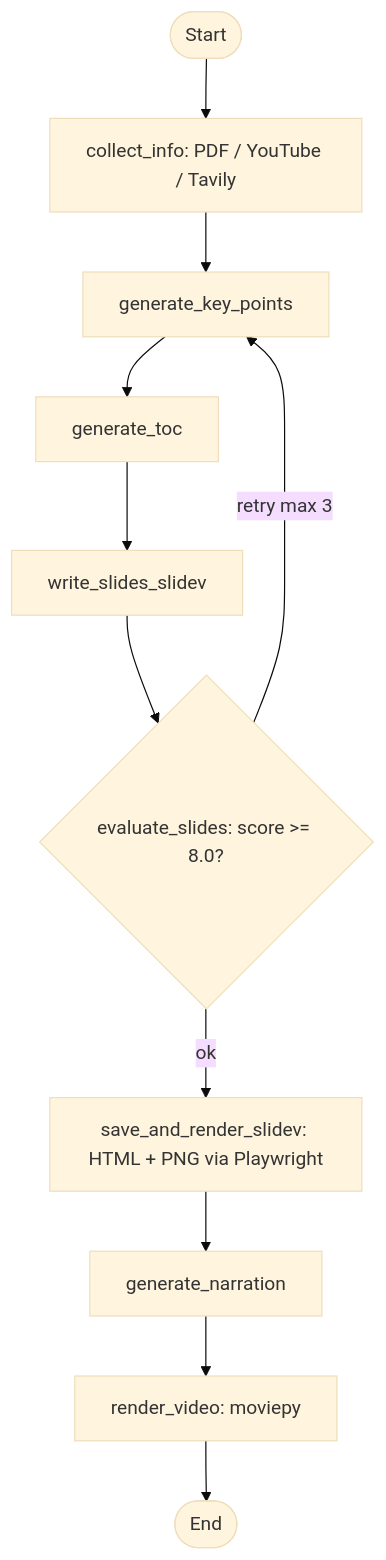
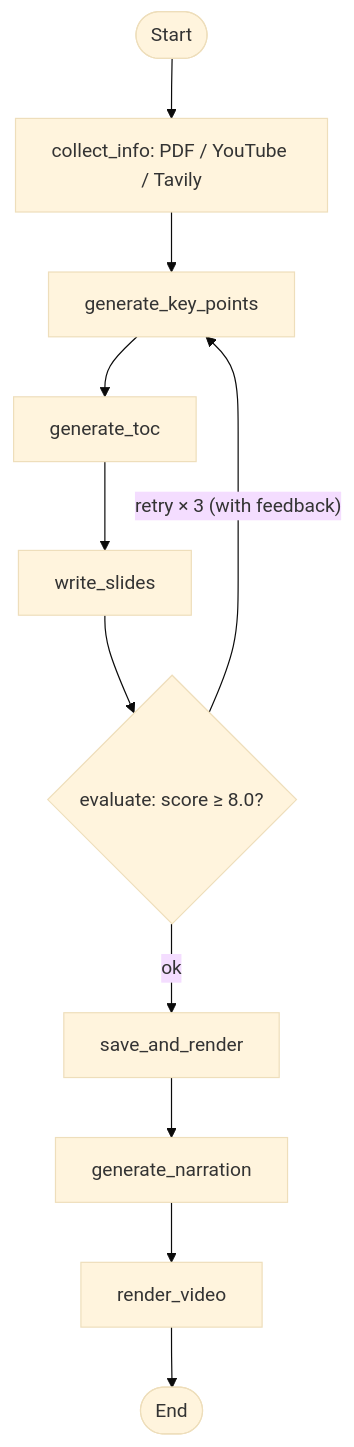
Before and after one commit to miyata09x0084/learnify: the second of 2 diagrams in README.md, drawn with Mermaid (base theme). The commit also changed other lines of this file, not shown here.

````diff
--- a/README.md
+++ b/README.md
@@ -57,13 +44,13 @@
 ```mermaid
 flowchart TD
     S([Start]) --> CI[collect_info: PDF / YouTube / Tavily]
     CI --> KP[generate_key_points]
     KP --> TOC[generate_toc]
-    TOC --> WS[write_slides_slidev]
-    WS --> EV{evaluate_slides: score >= 8.0?}
-    EV -->|retry max 3| KP
-    EV -->|ok| SR[save_and_render_slidev: HTML + PNG via Playwright]
+    TOC --> WS[write_slides]
+    WS --> EV{evaluate: score ≥ 8.0?}
+    EV -->|"retry × 3 (with feedback)"| KP
+    EV -->|ok| SR[save_and_render]
     SR --> GN[generate_narration]
-    GN --> RV[render_video: moviepy]
+    GN --> RV[render_video]
     RV --> E([End])
 ```
````
